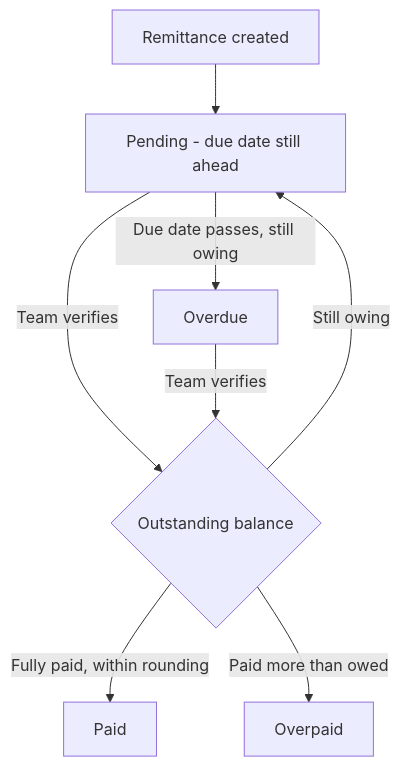
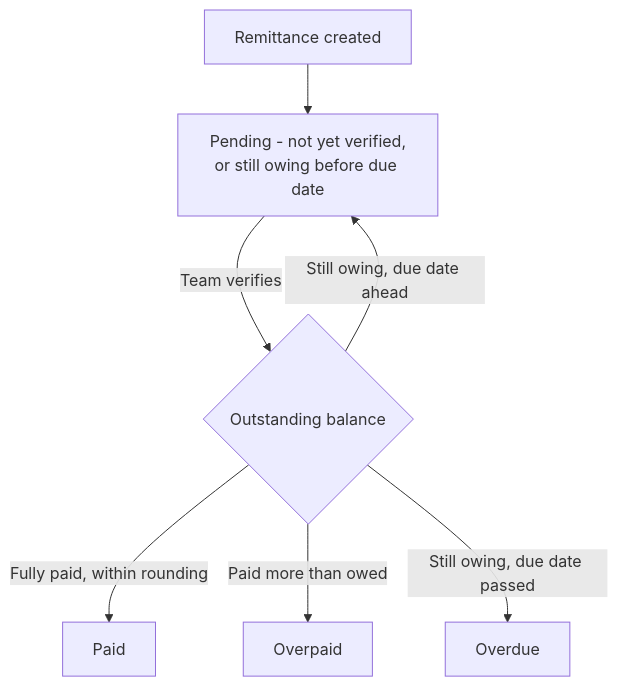
One commit to sampadadiwan/IRM_CompanyMain changed the fourth of 6 diagrams in docs/user_guides/capital_calls_user_guide.md. Above: the diagram before and after it, drawn with Mermaid. The commit also changed other lines of this file and 135 other files, not shown here.

````diff
--- a/docs/user_guides/capital_calls_user_guide.md
+++ b/docs/user_guides/capital_calls_user_guide.md
@@ -346,10 +349,9 @@
 ```mermaid
 flowchart TD
-    A[Remittance created] --> B[Pending - due date still ahead]
-    B -->|Due date passes, still owing| C[Overdue]
+    A[Remittance created] --> B[Pending - not yet verified,<br/>or still owing before due date]
     B -->|Team verifies| D{Outstanding balance}
-    C -->|Team verifies| D
     D -->|Fully paid, within rounding| E[Paid]
     D -->|Paid more than owed| F[Overpaid]
-    D -->|Still owing| B
+    D -->|Still owing, due date ahead| B
+    D -->|Still owing, due date passed| C[Overdue]
 ```
````
